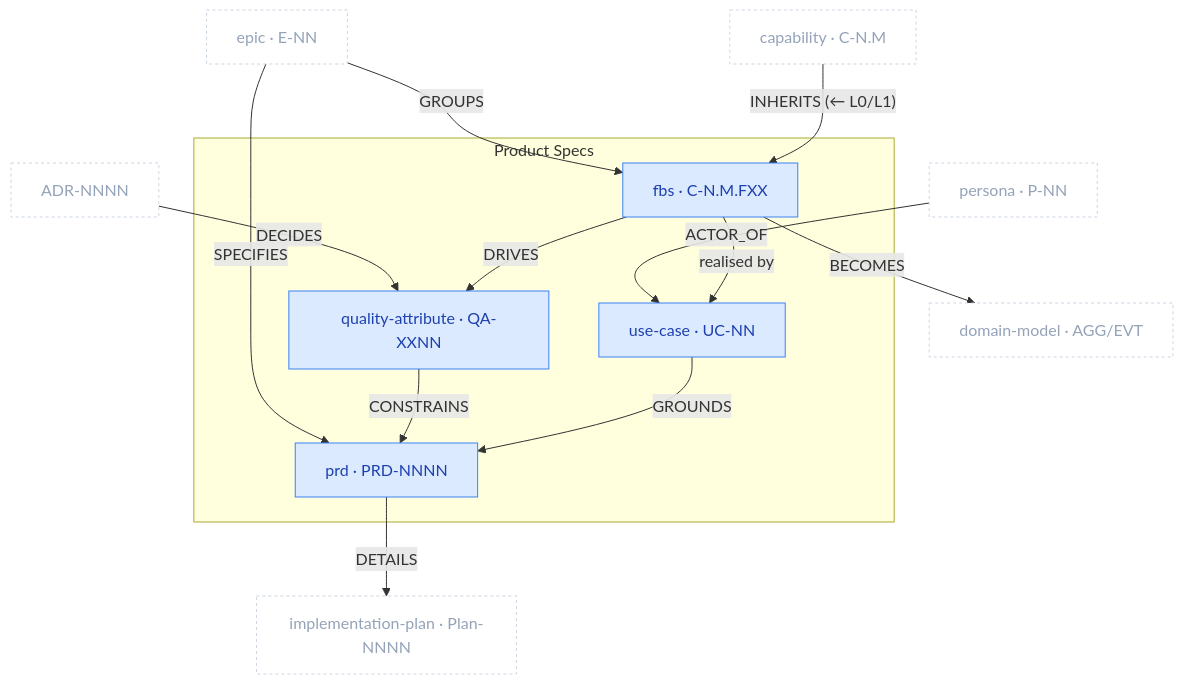
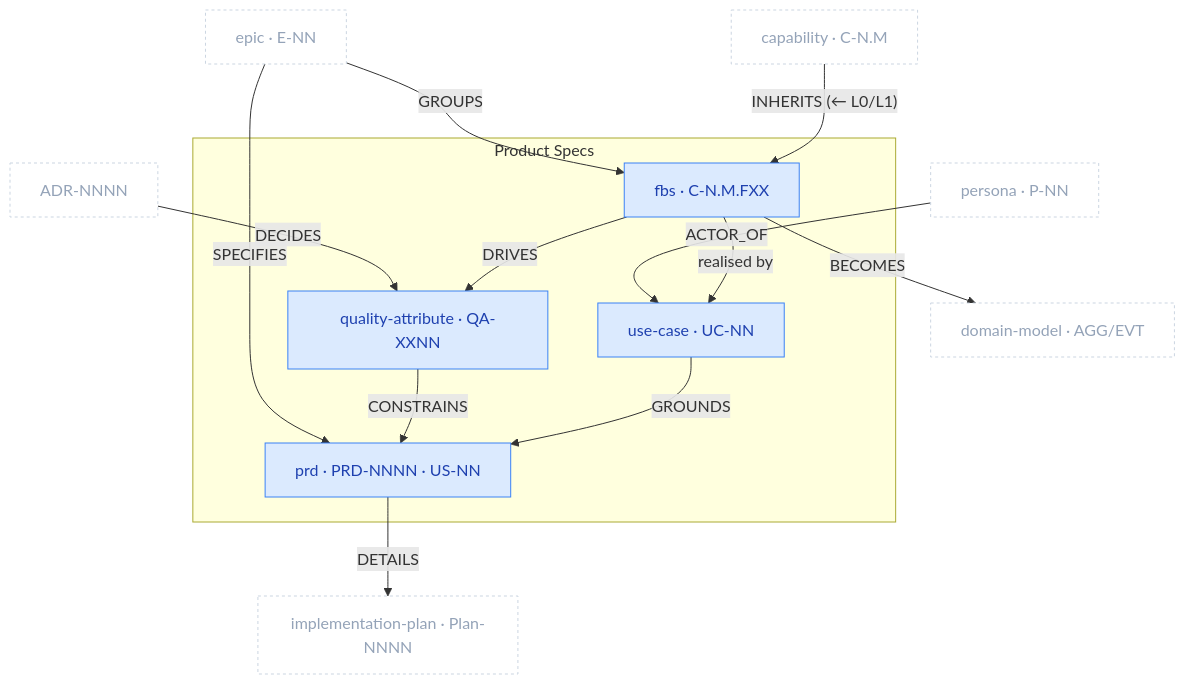
Before and after one commit to VictorHueni/clew: the diagram in docs/metamodel/packages/product-specs.md, drawn with Mermaid. The commit also changed other lines of this file and 3 other files, not shown here.

````diff
--- a/docs/metamodel/packages/product-specs.md
+++ b/docs/metamodel/packages/product-specs.md
@@ -26,32 +26,32 @@
 ```mermaid
 flowchart TD
     classDef spec fill:#DBEAFE,stroke:#3B82F6,color:#1E40AF
     classDef ext  fill:#ffffff,stroke:#cbd5e1,color:#94a3b8,stroke-dasharray:3 3
 
     CAP["capability · C-N.M"]:::ext
     P["persona · P-NN"]:::ext
     ADR["ADR-NNNN"]:::ext
     DM["domain-model · AGG/EVT"]:::ext
     EPIC["epic · E-NN"]:::ext
     IPLAN["implementation-plan · Plan-NNNN"]:::ext
 
     subgraph PS["Product Specs"]
         FBS["fbs · C-N.M.FXX"]:::spec
         QA["quality-attribute · QA-XXNN"]:::spec
         UC["use-case · UC-NN"]:::spec
-        PRD["prd · PRD-NNNN"]:::spec
+        PRD["prd · PRD-NNNN · US-NN"]:::spec
     end
 
     FBS -->|"realised by"| UC
     FBS -->|"DRIVES"| QA
     UC -->|"GROUNDS"| PRD
     QA -->|"CONSTRAINS"| PRD
 
     CAP -->|"INHERITS (← L0/L1)"| FBS
     P -->|"ACTOR_OF"| UC
     ADR -->|"DECIDES"| QA
     FBS -->|"BECOMES"| DM
     EPIC -->|"GROUPS"| FBS
     EPIC -->|"SPECIFIES"| PRD
     PRD -->|"DETAILS"| IPLAN
 ```
````
